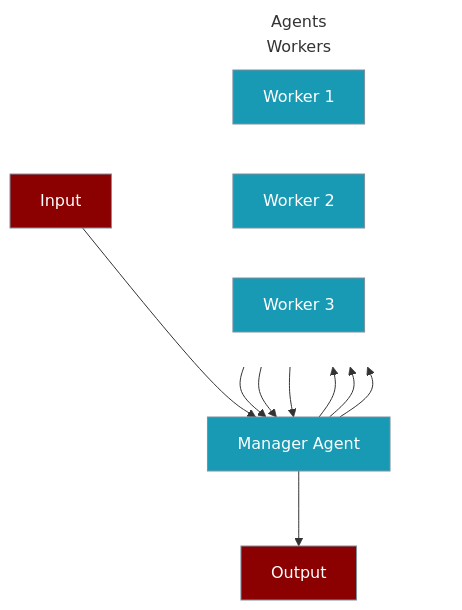
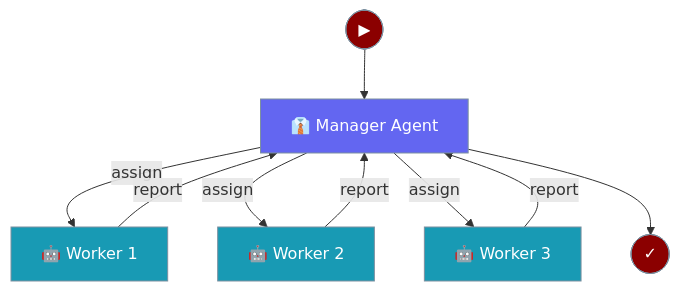
Before and after one commit to MervinPraison/PraisonAIDocs: the third of 5 diagrams in docs/concepts/process.mdx, drawn with Mermaid. The commit also changed other lines of this file and 12 other files, not shown here.

````diff
--- a/docs/concepts/process.mdx
+++ b/docs/concepts/process.mdx
@@ -78,32 +97,22 @@
 ```mermaid
 graph TB
-    Input[Input] --> Manager
+    Input([▶]) --> Manager[👔 Manager Agent]
     
-    subgraph Agents
-        Manager[Manager Agent]
-        
-        subgraph Workers
-            direction LR
-            W1[Worker 1]
-            W2[Worker 2]
-            W3[Worker 3]
-        end
-        
-        Manager --> W1
-        Manager --> W2
-        Manager --> W3
-    end
+    Manager -->|assign| W1[🤖 Worker 1]
+    Manager -->|assign| W2[🤖 Worker 2]
+    Manager -->|assign| W3[🤖 Worker 3]
     
-    W1 --> Manager
-    W2 --> Manager
-    W3 --> Manager
-    Manager --> Output[Output]
-
-    classDef input fill:#8B0000,stroke:#7C90A0,color:#fff
-    classDef process fill:#189AB4,stroke:#7C90A0,color:#fff
-    classDef transparent fill:none,stroke:none
-
-    class Input,Output input
-    class Manager,W1,W2,W3 process
-    class Agents,Workers transparent
+    W1 -->|report| Manager
+    W2 -->|report| Manager
+    W3 -->|report| Manager
+    
+    Manager --> Output([✓])
+    
+    classDef io fill:#8B0000,stroke:#7C90A0,color:#fff
+    classDef manager fill:#6366F1,stroke:#7C90A0,color:#fff
+    classDef worker fill:#189AB4,stroke:#7C90A0,color:#fff
+    
+    class Input,Output io
+    class Manager manager
+    class W1,W2,W3 worker
 ```
````
